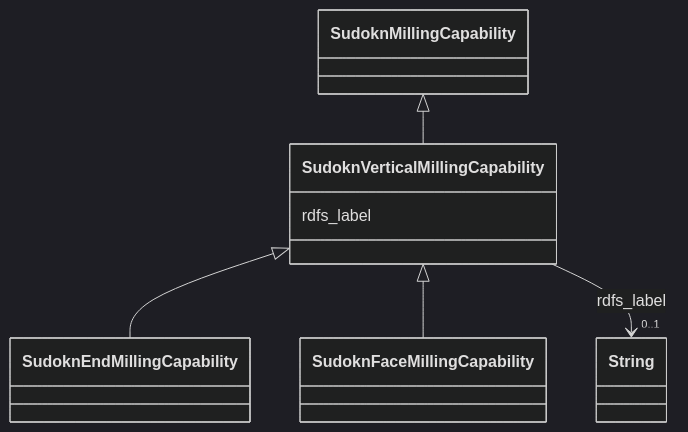
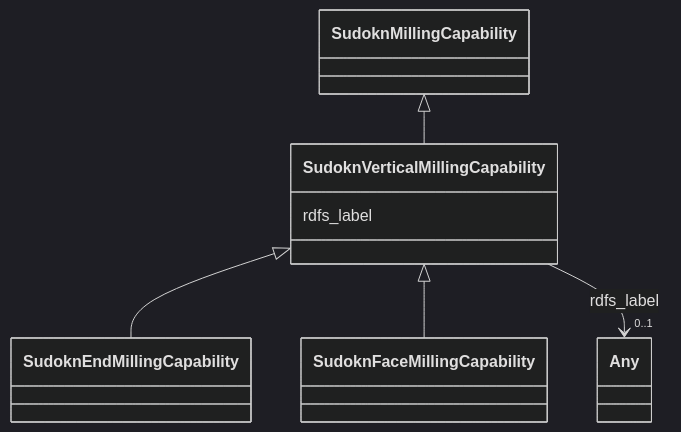
Before and after one commit to frink-okn/graph-descriptions: the diagram in sudokn-kg/classes/SudoknVerticalMillingCapability.md, drawn with Mermaid (dark theme). The commit also changed other lines of this file and 903 other files, not shown here.

````diff
--- a/sudokn-kg/classes/SudoknVerticalMillingCapability.md
+++ b/sudokn-kg/classes/SudoknVerticalMillingCapability.md
@@ -23,25 +18,25 @@
 ```mermaid
  classDiagram
     class SudoknVerticalMillingCapability
     click SudoknVerticalMillingCapability href "../SudoknVerticalMillingCapability"
       SudoknMillingCapability <|-- SudoknVerticalMillingCapability
         click SudoknMillingCapability href "../SudoknMillingCapability"
       
 
       SudoknVerticalMillingCapability <|-- SudoknEndMillingCapability
         click SudoknEndMillingCapability href "../SudoknEndMillingCapability"
       SudoknVerticalMillingCapability <|-- SudoknFaceMillingCapability
         click SudoknFaceMillingCapability href "../SudoknFaceMillingCapability"
       
       
       SudoknVerticalMillingCapability : rdfs_label
         
           
     
     
-    SudoknVerticalMillingCapability --> "0..1" String : rdfs_label
-    click String href "../String"
+    SudoknVerticalMillingCapability --> "0..1" Any : rdfs_label
+    click Any href "../Any"
 
         
       
 ```
````
